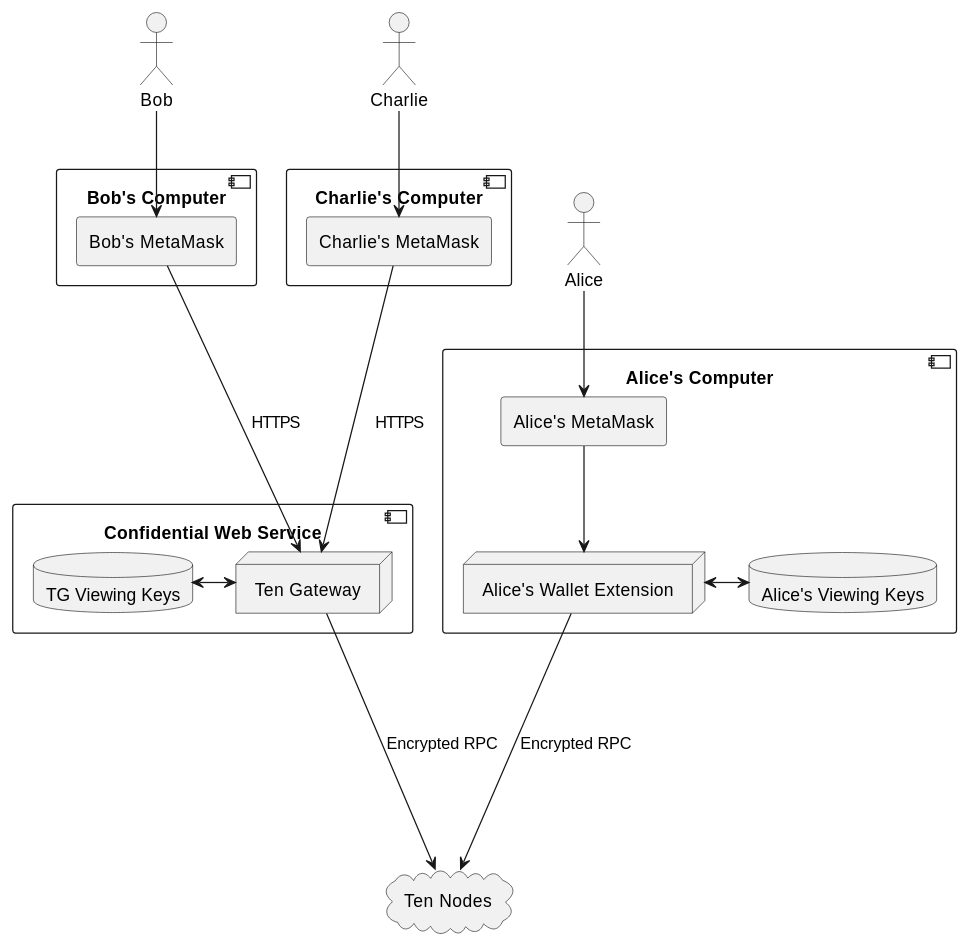
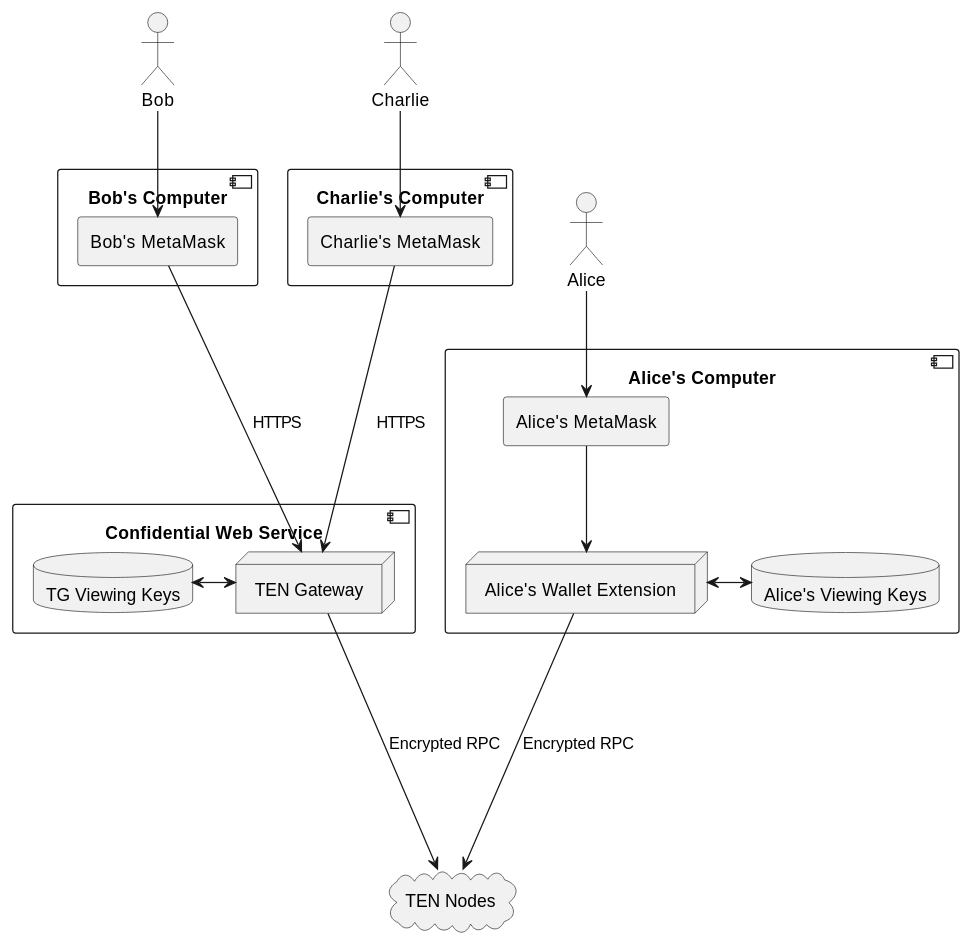
One commit to ten-protocol/go-ten changed the first of 2 diagrams in design/ux/Ten_Gateway.md. Above: the diagram before and after it, drawn with PlantUML. The commit also changed other lines of this file and 83 other files, not shown here.

````diff
--- a/design/ux/Ten_Gateway.md
+++ b/design/ux/Ten_Gateway.md
@@ -27,41 +27,41 @@
 ```plantuml
 @startuml
 'https://plantuml.com/deployment-diagram
 
-cloud "Ten Nodes"
+cloud "TEN Nodes"
 
 actor Alice
 component "Alice's Computer"{
     agent "Alice's MetaMask"
     node "Alice's Wallet Extension"
     database "Alice's Viewing Keys"
 }
 Alice --> "Alice's MetaMask"
 "Alice's MetaMask" --> "Alice's Wallet Extension"
 "Alice's Wallet Extension" <-> "Alice's Viewing Keys"
-"Alice's Wallet Extension" ----> "Ten Nodes" : Encrypted RPC
+"Alice's Wallet Extension" ----> "TEN Nodes" : Encrypted RPC
 
 actor Bob
 component "Bob's Computer"{
     agent "Bob's MetaMask"
 }
 component "Confidential Web Service"{
-    node "Ten Gateway"
+    node "TEN Gateway"
     database "TG Viewing Keys"
 }
-"TG Viewing Keys" <-> "Ten Gateway"
+"TG Viewing Keys" <-> "TEN Gateway"
 
 Bob --> "Bob's MetaMask"
-"Bob's MetaMask" ---> "Ten Gateway" : HTTPS
-"Ten Gateway" ----> "Ten Nodes" : Encrypted RPC
+"Bob's MetaMask" ---> "TEN Gateway" : HTTPS
+"TEN Gateway" ----> "TEN Nodes" : Encrypted RPC
 
 actor Charlie
 component "Charlie's Computer"{
     agent "Charlie's MetaMask"
 }
-node "Ten Gateway"
+node "TEN Gateway"
 Charlie --> "Charlie's MetaMask"
-"Charlie's MetaMask" ---> "Ten Gateway" : HTTPS
+"Charlie's MetaMask" ---> "TEN Gateway" : HTTPS
 
 @enduml
 ```
````
